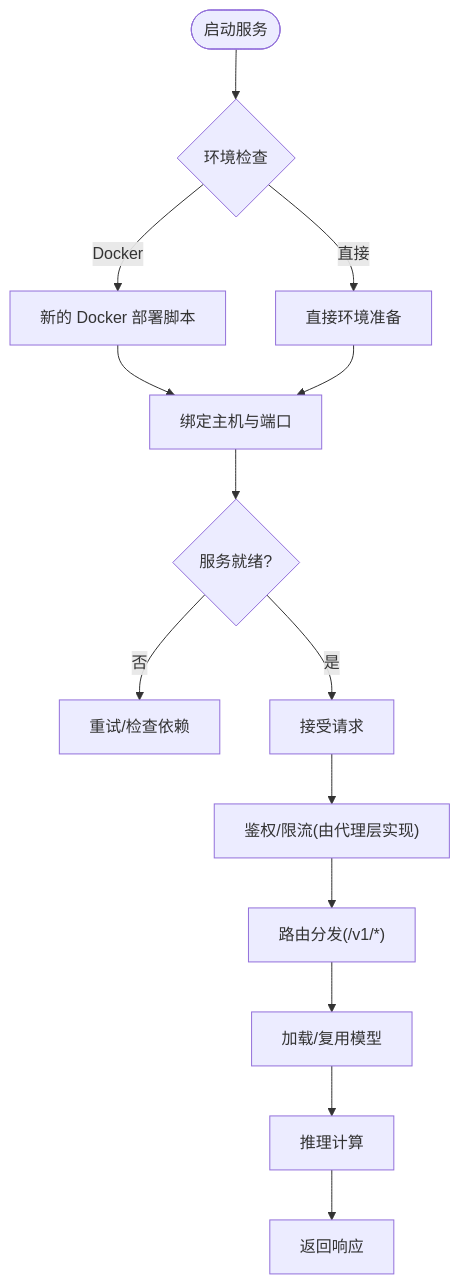
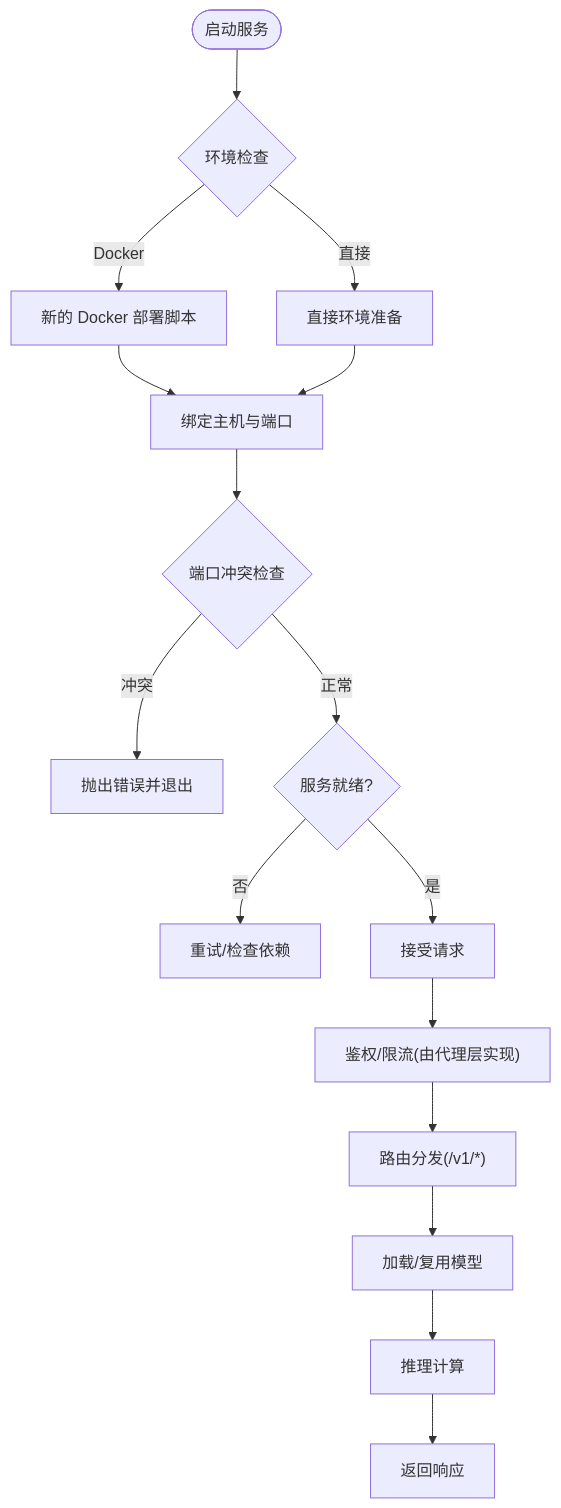
Before and after one commit to joezxh/kev: the fourth of 8 diagrams in .qoder/repowiki/zh/content/部署指南/部署指南.md, drawn with Mermaid. The commit also changed other lines of this file and 220 other files, not shown here.

````diff
--- a/.qoder/repowiki/zh/content/部署指南/部署指南.md
+++ b/.qoder/repowiki/zh/content/部署指南/部署指南.md
@@ -338,16 +383,18 @@
 ```mermaid
 flowchart TD
 Start(["启动服务"]) --> EnvCheck{"环境检查"}
 EnvCheck --> |Docker| DockerSetup["新的 Docker 部署脚本"]
 EnvCheck --> |直接| DirectSetup["直接环境准备"]
 DockerSetup --> Bind["绑定主机与端口"]
 DirectSetup --> Bind
-Bind --> Ready{"服务就绪?"}
+Bind --> PortCheck{"端口冲突检查"}
+PortCheck --> |冲突| Error["抛出错误并退出"]
+PortCheck --> |正常| Ready{"服务就绪?"}
 Ready --> |否| Retry["重试/检查依赖"]
 Ready --> |是| Accept["接受请求"]
 Accept --> Auth["鉴权/限流(由代理层实现)"]
 Auth --> Route["路由分发(/v1/*)"]
 Route --> Model["加载/复用模型"]
 Model --> Infer["推理计算"]
 Infer --> Resp["返回响应"]
 ```
````
